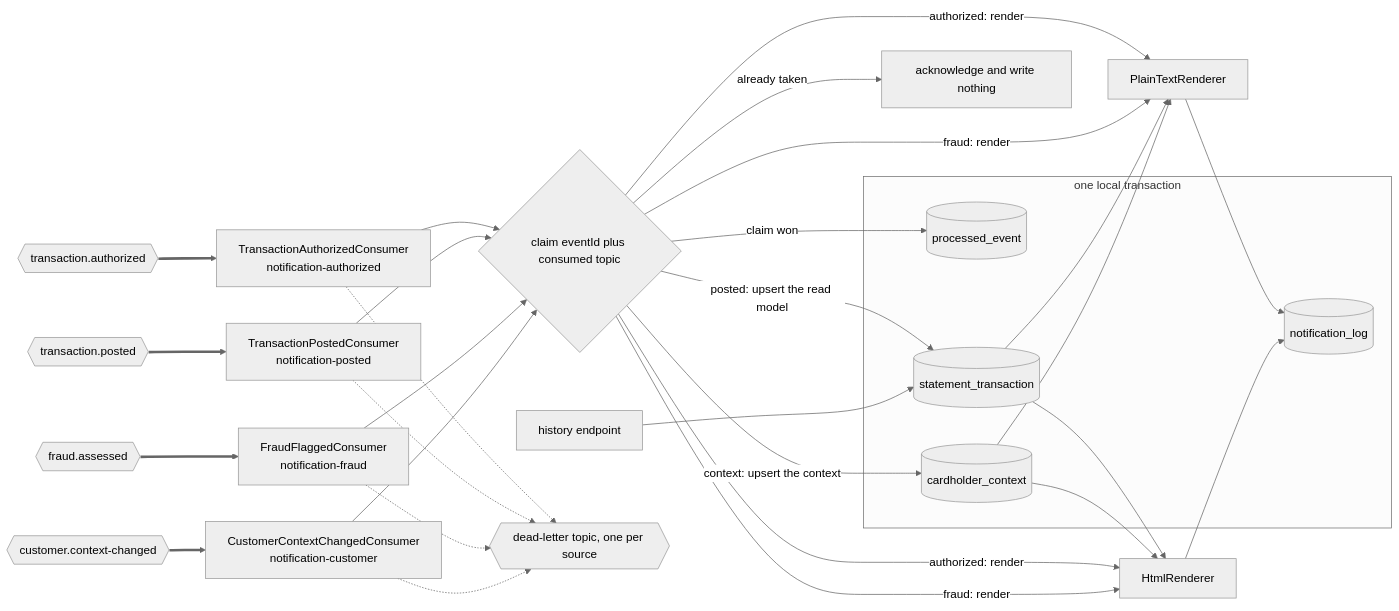
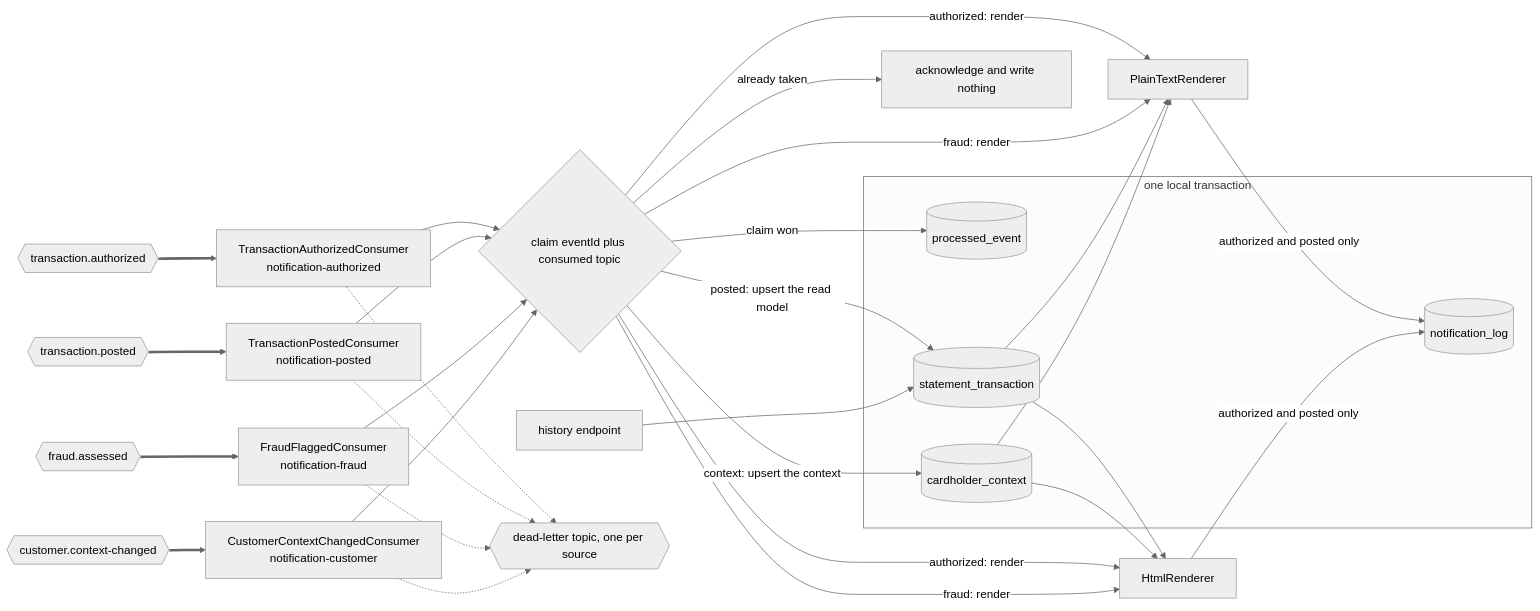
The diagram in card-platform/services/notification-service/README.md (blitzy-public-samples/aws-carddemo-blitzy), drawn with Mermaid (neutral theme) before and after one commit. The commit also changed other lines of this file and 155 other files, not shown here.

````diff
--- a/card-platform/services/notification-service/README.md
+++ b/card-platform/services/notification-service/README.md
@@ -81,51 +95,51 @@
 ```mermaid
 graph LR
     TA{{"transaction.authorized"}}
     TP{{"transaction.posted"}}
     FA{{"fraud.assessed"}}
     CC{{"customer.context-changed"}}
     AC["TransactionAuthorizedConsumer<br/>notification-authorized"]
     PC["TransactionPostedConsumer<br/>notification-posted"]
     FC["FraudFlaggedConsumer<br/>notification-fraud"]
     XC["CustomerContextChangedConsumer<br/>notification-customer"]
     CLAIM{"claim eventId plus consumed topic"}
     SKIP["acknowledge and write nothing"]
     subgraph TX["one local transaction"]
         MARK[("processed_event")]
         ST[("statement_transaction")]
         CX[("cardholder_context")]
         LOG[("notification_log")]
     end
     TEXT["PlainTextRenderer"]
     HTML["HtmlRenderer"]
     API["history endpoint"]
     DLT{{"dead-letter topic, one per source"}}
 
     TA ==> AC
     TP ==> PC
     FA ==> FC
     CC ==> XC
     AC --> CLAIM
     PC --> CLAIM
     FC --> CLAIM
     XC --> CLAIM
     CLAIM -->|"already taken"| SKIP
     CLAIM -->|"claim won"| MARK
     CLAIM -->|"posted: upsert the read model"| ST
     CLAIM -->|"context: upsert the context"| CX
     CLAIM -->|"authorized: render"| TEXT
     CLAIM -->|"fraud: render"| TEXT
     CLAIM -->|"authorized: render"| HTML
     CLAIM -->|"fraud: render"| HTML
     ST --> TEXT
     CX --> TEXT
     ST --> HTML
     CX --> HTML
-    TEXT --> LOG
-    HTML --> LOG
+    TEXT -->|"authorized and posted only"| LOG
+    HTML -->|"authorized and posted only"| LOG
     API --> ST
     AC -.-> DLT
     PC -.-> DLT
     FC -.-> DLT
     XC -.-> DLT
 ```
````
